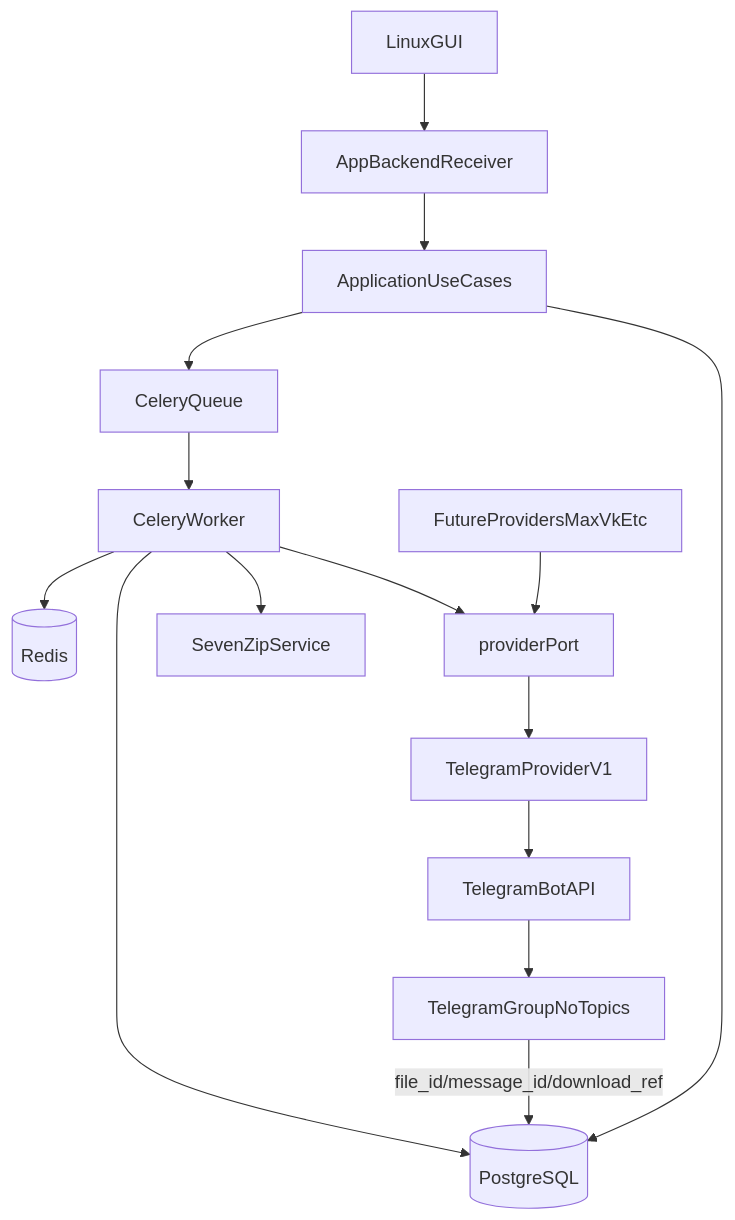
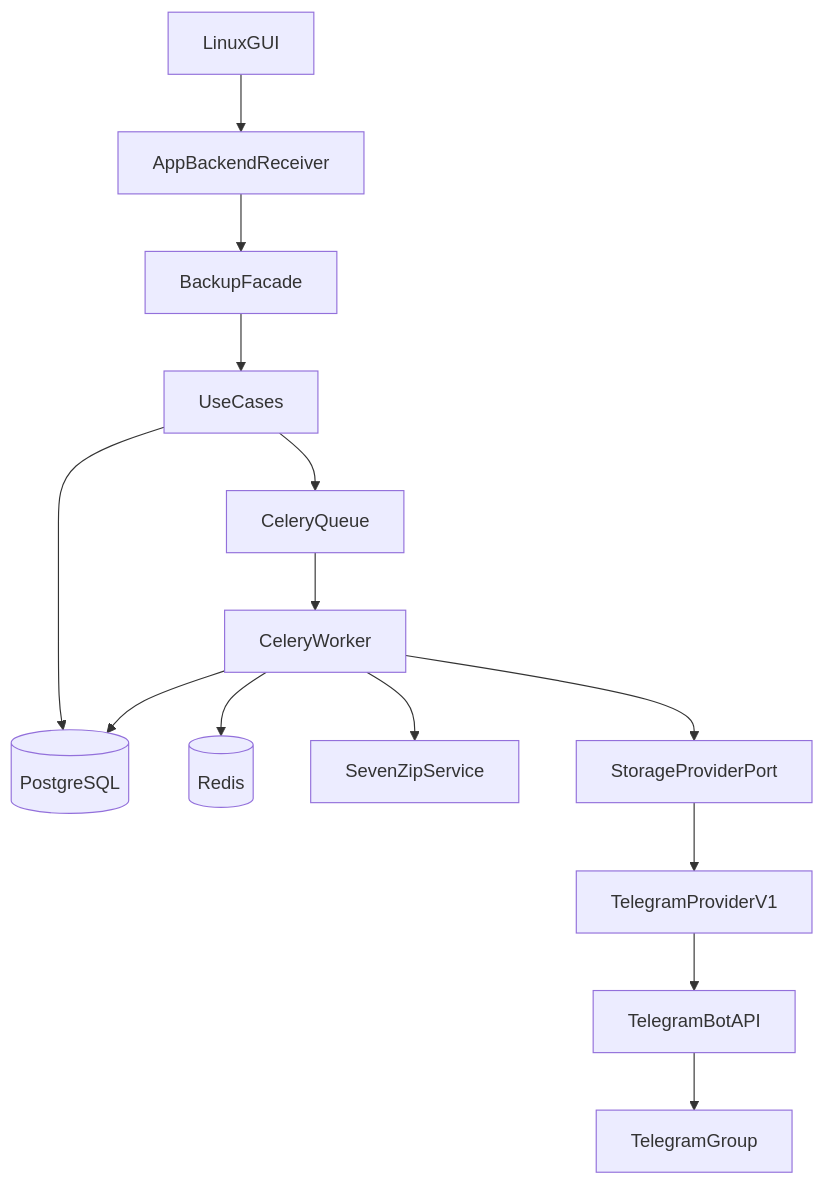
Before and after one commit to RomFuture/telegram-uploader: the diagram in README.md, drawn with Mermaid. The commit also changed other lines of this file and 14 other files, not shown here.

````diff
--- a/README.md
+++ b/README.md
@@ -28,17 +74,16 @@
 ```mermaid
 flowchart TB
   ui[LinuxGUI] --> backend[AppBackendReceiver]
-  backend --> app[ApplicationUseCases]
-  app --> queue[CeleryQueue]
-  app --> db[(PostgreSQL)]
+  backend --> facade[BackupFacade]
+  facade --> useCases[UseCases]
+  useCases --> queue[CeleryQueue]
+  useCases --> db[(PostgreSQL)]
   queue --> worker[CeleryWorker]
   worker --> redis[(Redis)]
   worker --> db
   worker --> archive[SevenZipService]
-  worker --> providerPort
+  worker --> providerPort[StorageProviderPort]
   providerPort --> tgProvider[TelegramProviderV1]
   tgProvider --> tgApi[TelegramBotAPI]
-  tgApi --> messenger[TelegramGroupNoTopics]
-  messenger -->|"file_id/message_id/download_ref"| db
-  futureProviders[FutureProvidersMaxVkEtc] --> providerPort
+  tgApi --> messenger[TelegramGroup]
 ```
````
